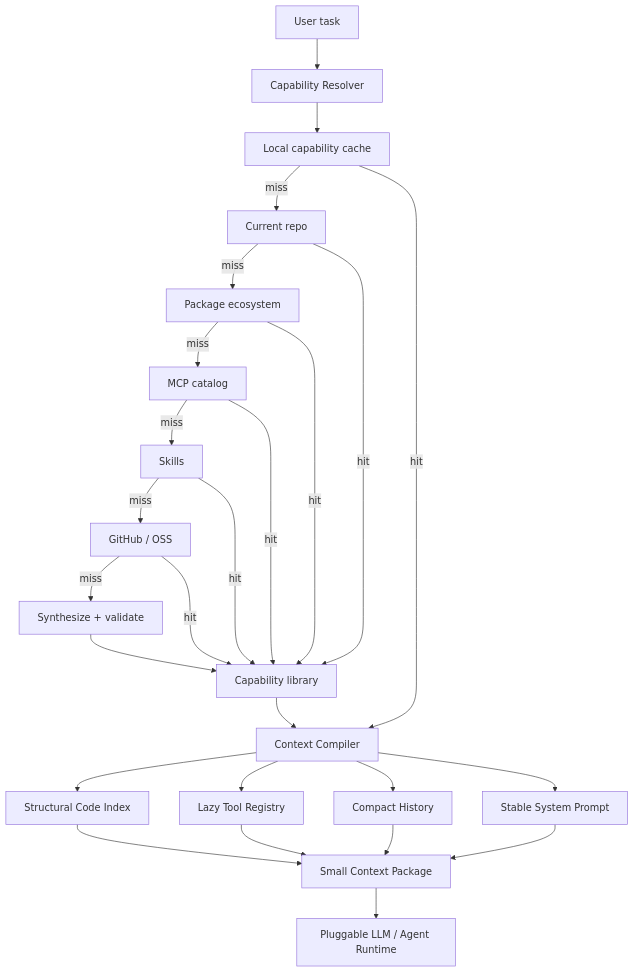
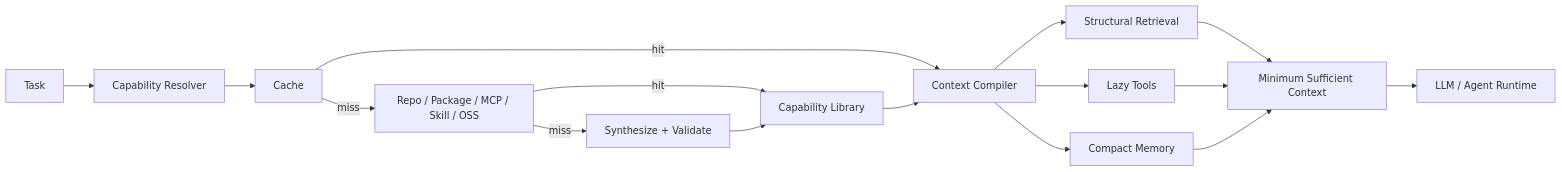
One commit to kisibongtoi772/agent_sufficiency_system changed the diagram in README.md. Above: the diagram before and after it, drawn with Mermaid. The commit also changed other lines of this file, not shown here.

Commit message:
docs: simplify README around architecture and key results

````diff
--- a/README.md
+++ b/README.md
@@ -127,33 +108,23 @@
 ```mermaid
-flowchart TD
-    A[User task] --> R[Capability Resolver]
+flowchart LR
+    A[Task] --> B[Capability Resolver]
 
-    R --> R0[Local capability cache]
-    R0 -->|miss| R1[Current repo]
-    R1 -->|miss| R2[Package ecosystem]
-    R2 -->|miss| R3[MCP catalog]
-    R3 -->|miss| R4[Skills]
-    R4 -->|miss| R5[GitHub / OSS]
-    R5 -->|miss| S[Synthesize + validate]
-    S --> L[Capability library]
+    B --> C[Cache]
+    C -->|miss| D[Repo / Package / MCP / Skill / OSS]
+    D -->|miss| E[Synthesize + Validate]
 
-    R0 -->|hit| B[Context Compiler]
-    R1 -->|hit| L
-    R2 -->|hit| L
-    R3 -->|hit| L
-    R4 -->|hit| L
-    R5 -->|hit| L
-    L --> B
-
-    B --> C[Structural Code Index]
-    B --> D[Lazy Tool Registry]
-    B --> E[Compact History]
-    B --> F[Stable System Prompt]
-
-    C --> G[Small Context Package]
-    D --> G
-    E --> G
+    D -->|hit| F[Capability Library]
+    E --> F
+    C -->|hit| G[Context Compiler]
     F --> G
 
-    G --> H[Pluggable LLM / Agent Runtime]
+    G --> H[Structural Retrieval]
+    G --> I[Lazy Tools]
+    G --> J[Compact Memory]
+
+    H --> K[Minimum Sufficient Context]
+    I --> K
+    J --> K
+
+    K --> L[LLM / Agent Runtime]
 ```
````
